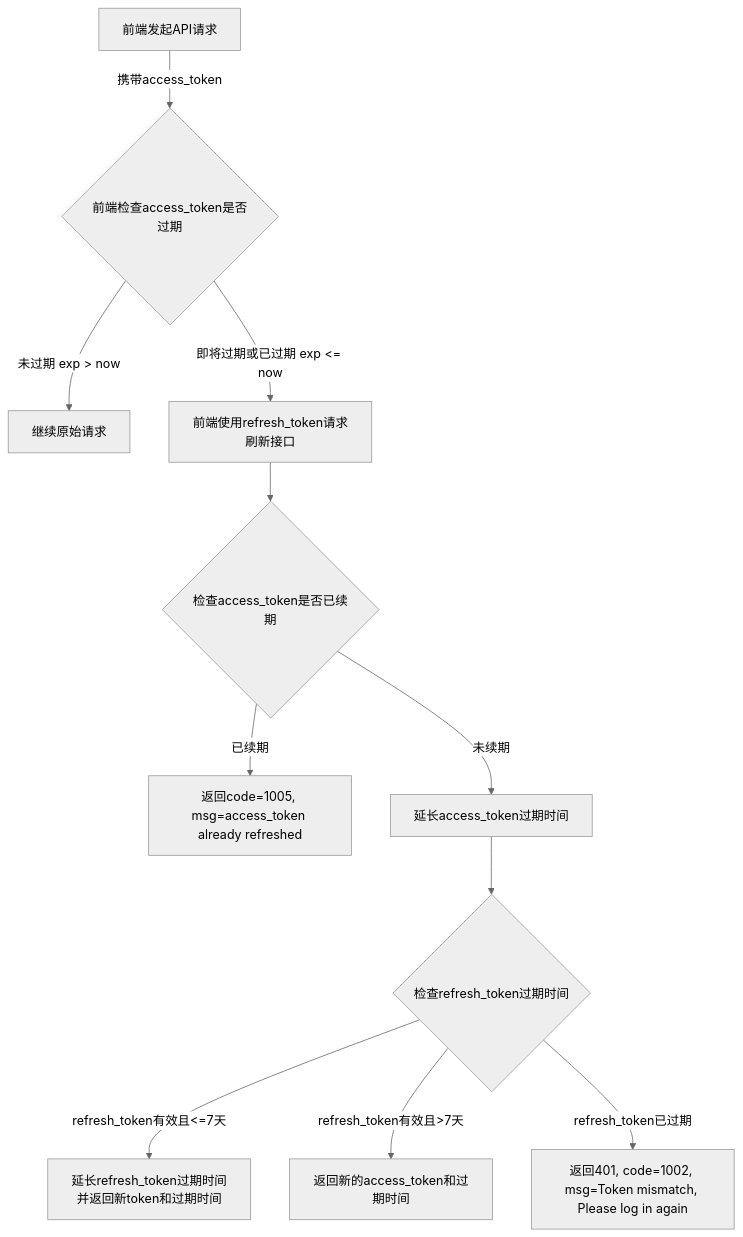
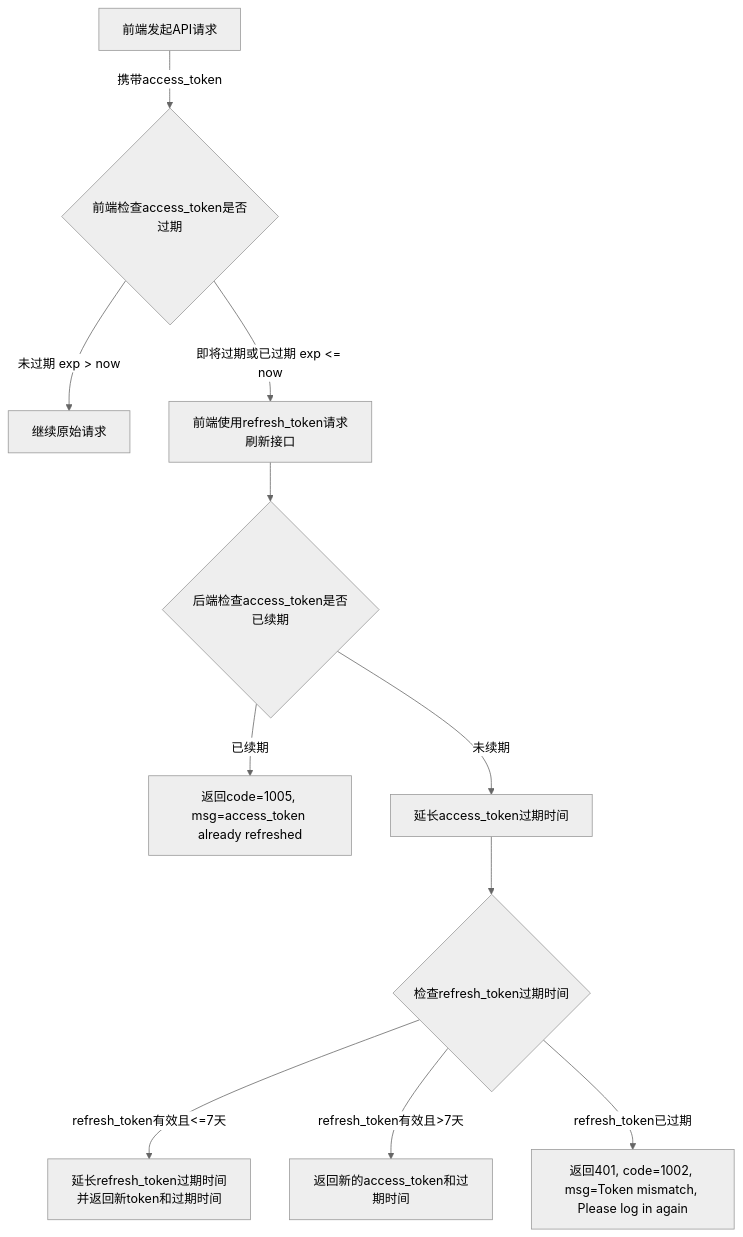
The diagram in all/openAPI-17.md (yingjianzh/iodraw-files), drawn with Mermaid (neutral theme) before and after one commit.

Commit message:
2025-01-08 18:27:51 update

````diff
--- a/all/openAPI-17.md
+++ b/all/openAPI-17.md
@@ -1,14 +1,14 @@
 ```mermaid
 flowchart TD
     A[前端发起API请求] -->|携带access_token| B{前端检查access_token是否过期}
     B -->|未过期 exp > now| C[继续原始请求]
     B -->|即将过期或已过期 exp <= now| D[前端使用refresh_token请求刷新接口]
-    D --> E{检查access_token是否已续期}
+    D --> E{后端检查access_token是否已续期}
     E -->|已续期| F[返回code=1005, msg=access_token already refreshed]
     E -->|未续期| G[延长access_token过期时间]
     G --> H{检查refresh_token过期时间}
     H -->|refresh_token有效且<=7天| I[延长refresh_token过期时间并返回新token和过期时间]
     H -->|refresh_token有效且>7天| J[返回新的access_token和过期时间]
     H -->|refresh_token已过期| K[返回401, code=1002, msg=Token mismatch, Please log in again]
 
 ```
````
